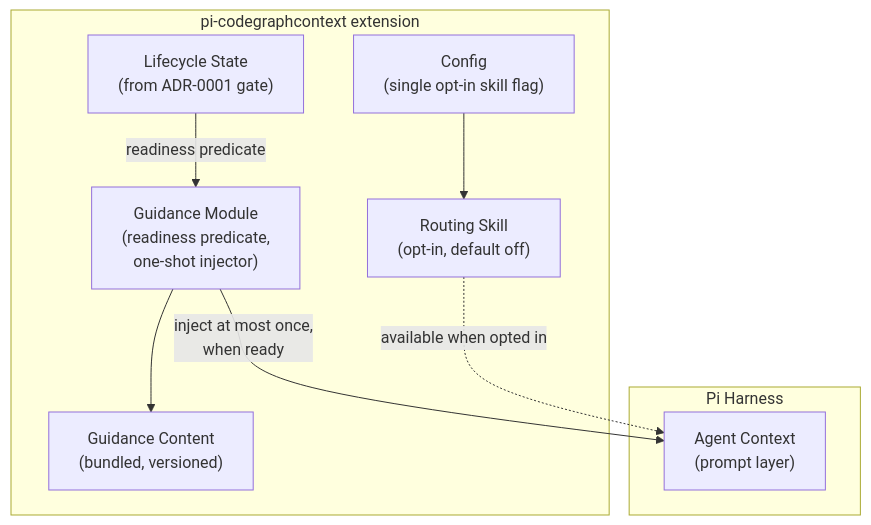
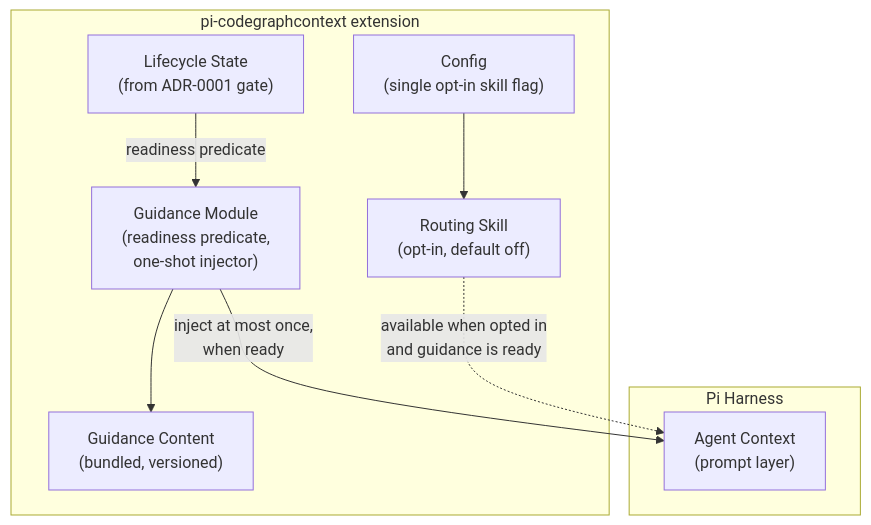
Before and after one commit to raphaelbahat/pi-codegraphcontext: the diagram in openspec/changes/add-cgc-agent-routing-guidance/design.md, drawn with Mermaid. The commit also changed other lines of this file and 40 other files, not shown here.

````diff
--- a/openspec/changes/add-cgc-agent-routing-guidance/design.md
+++ b/openspec/changes/add-cgc-agent-routing-guidance/design.md
@@ -70,20 +70,20 @@
 ```mermaid
 graph TB
     subgraph Pi["Pi Harness"]
         Ctx["Agent Context<br/>(prompt layer)"]
     end
 
     subgraph Ext["pi-codegraphcontext extension"]
         G["Guidance Module<br/>(readiness predicate,<br/>one-shot injector)"]
         Content["Guidance Content<br/>(bundled, versioned)"]
         Skill["Routing Skill<br/>(opt-in, default off)"]
         State["Lifecycle State<br/>(from ADR-0001 gate)"]
         Cfg["Config<br/>(single opt-in skill flag)"]
     end
 
     State -->|"readiness predicate"| G
     Cfg --> Skill
     G --> Content
     G -->|"inject at most once,<br/>when ready"| Ctx
-    Skill -.->|"available when opted in"| Ctx
+    Skill -.->|"available when opted in<br/>and guidance is ready"| Ctx
 ```
````
